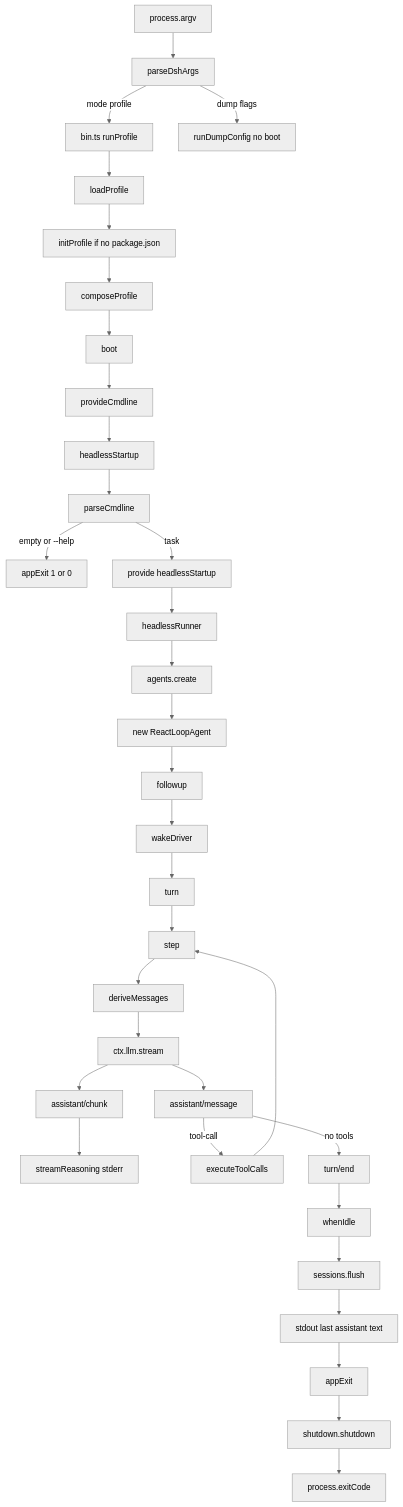
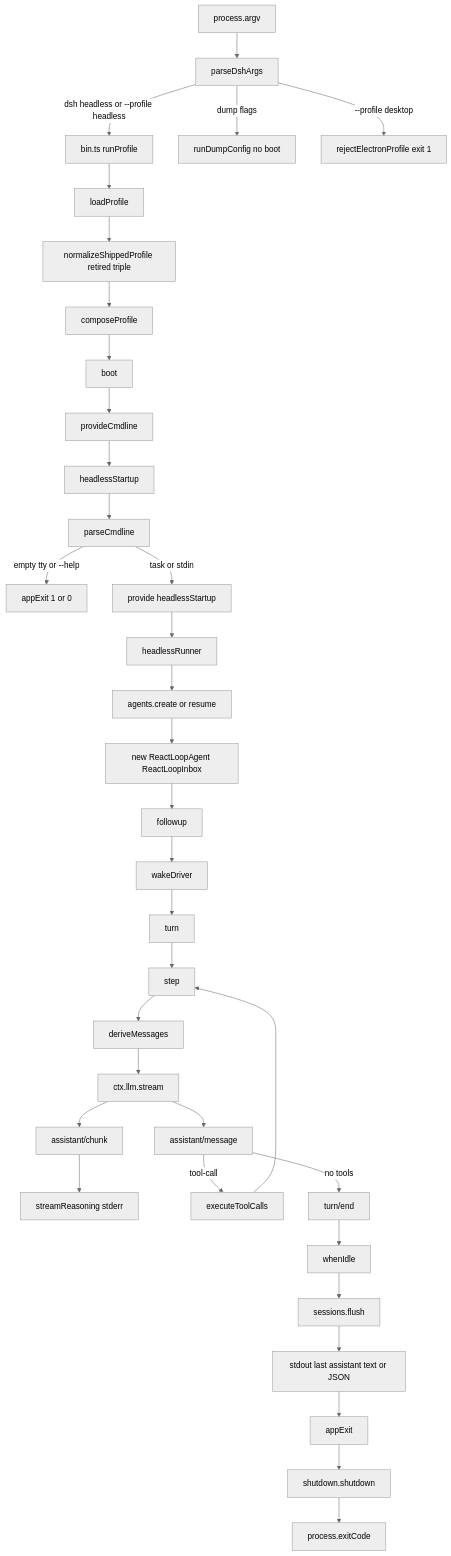
Before and after one commit to wdnmdtonyma/SOTA-Agent-LLM-Wiki: the diagram in docs/llm-wiki/deepseek-harness/spine/trace-headless-turn.md, drawn with Mermaid (neutral theme). The commit also changed other lines of this file and 237 other files, not shown here.

````diff
--- a/docs/llm-wiki/deepseek-harness/spine/trace-headless-turn.md
+++ b/docs/llm-wiki/deepseek-harness/spine/trace-headless-turn.md
@@ -71,36 +76,37 @@
 ```mermaid
 flowchart TD
   argv["process.argv"] --> parseDshArgs
-  parseDshArgs -->|"mode profile"| binProfile["bin.ts runProfile"]
+  parseDshArgs -->|"dsh headless or --profile headless"| binProfile["bin.ts runProfile"]
   parseDshArgs -->|"dump flags"| dumpConfig["runDumpConfig no boot"]
+  parseDshArgs -->|"--profile desktop"| rejectDesktop["rejectElectronProfile exit 1"]
   binProfile --> loadProfile
-  loadProfile --> initProfile["initProfile if no package.json"]
-  initProfile --> composeProfile
+  loadProfile --> normalize["normalizeShippedProfile retired triple"]
+  normalize --> composeProfile
   composeProfile --> boot
   boot --> provideCmdline
   provideCmdline --> headlessStartup
   headlessStartup --> parseCmdline
-  parseCmdline -->|"empty or --help"| earlyExit["appExit 1 or 0"]
-  parseCmdline -->|task| provideSvc["provide headlessStartup"]
+  parseCmdline -->|"empty tty or --help"| earlyExit["appExit 1 or 0"]
+  parseCmdline -->|task or stdin| provideSvc["provide headlessStartup"]
   provideSvc --> headlessRunner
-  headlessRunner --> agentsCreate["agents.create"]
-  agentsCreate --> reactLoop["new ReactLoopAgent"]
+  headlessRunner --> agentsCreate["agents.create or resume"]
+  agentsCreate --> reactLoop["new ReactLoopAgent ReactLoopInbox"]
   reactLoop --> followup
   followup --> wakeDriver
   wakeDriver --> turn
   turn --> step
   step --> deriveMessages
   deriveMessages --> llmStream["ctx.llm.stream"]
   llmStream --> assistantChunk["assistant/chunk"]
   assistantChunk --> reasoning["streamReasoning stderr"]
   llmStream --> assistantMsg["assistant/message"]
   assistantMsg -->|"tool-call"| executeToolCalls
   executeToolCalls --> step
   assistantMsg -->|"no tools"| turnEnd["turn/end"]
   turnEnd --> whenIdle
   whenIdle --> flush["sessions.flush"]
-  flush --> stdout["stdout last assistant text"]
+  flush --> stdout["stdout last assistant text or JSON"]
   stdout --> appExit
   appExit --> shutdown["shutdown.shutdown"]
   shutdown --> exitCode["process.exitCode"]
 ```
````
